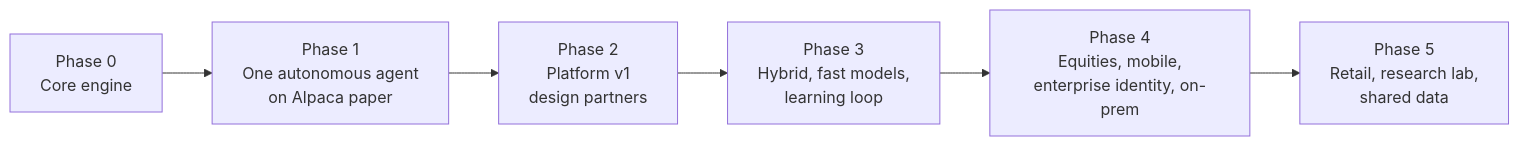
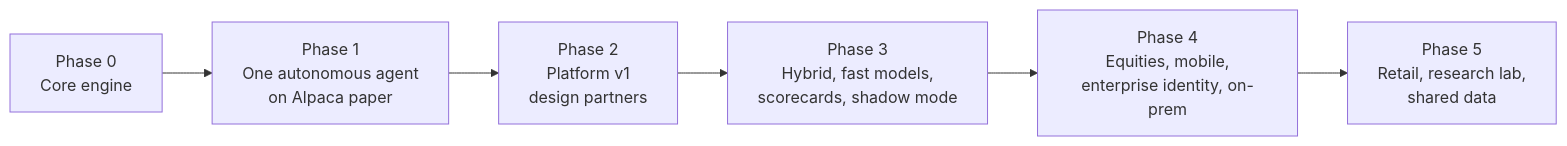
The diagram in docs/product/05-roadmap.md (kunwarshivam/mandate), drawn with Mermaid before and after one commit. The commit also changed other lines of this file and 11 other files, not shown here.

````diff
--- a/docs/product/05-roadmap.md
+++ b/docs/product/05-roadmap.md
@@ -11,8 +11,8 @@
 ```mermaid
 flowchart LR
     P0["Phase 0<br/>Core engine"] --> P1["Phase 1<br/>One autonomous agent<br/>on Alpaca paper"]
     P1 --> P2["Phase 2<br/>Platform v1<br/>design partners"]
-    P2 --> P3["Phase 3<br/>Hybrid, fast models,<br/>learning loop"]
+    P2 --> P3["Phase 3<br/>Hybrid, fast models,<br/>scorecards, shadow mode"]
     P3 --> P4["Phase 4<br/>Equities, mobile,<br/>enterprise identity, on-prem"]
     P4 --> P5["Phase 5<br/>Retail, research lab,<br/>shared data"]
 ```
````
